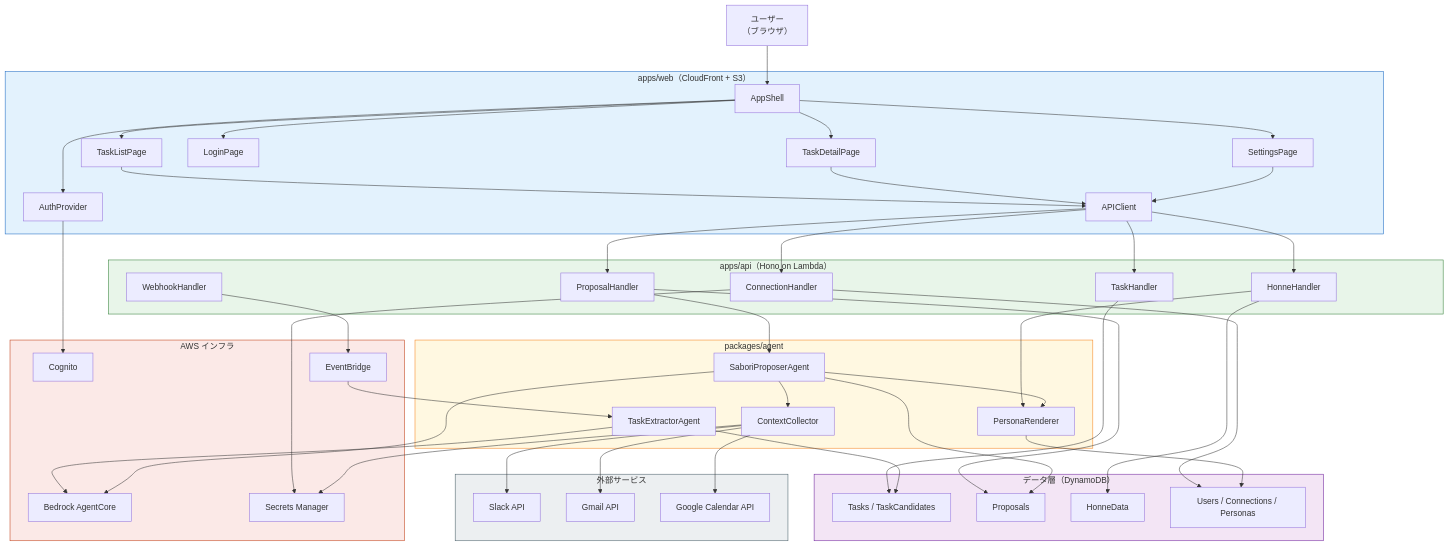
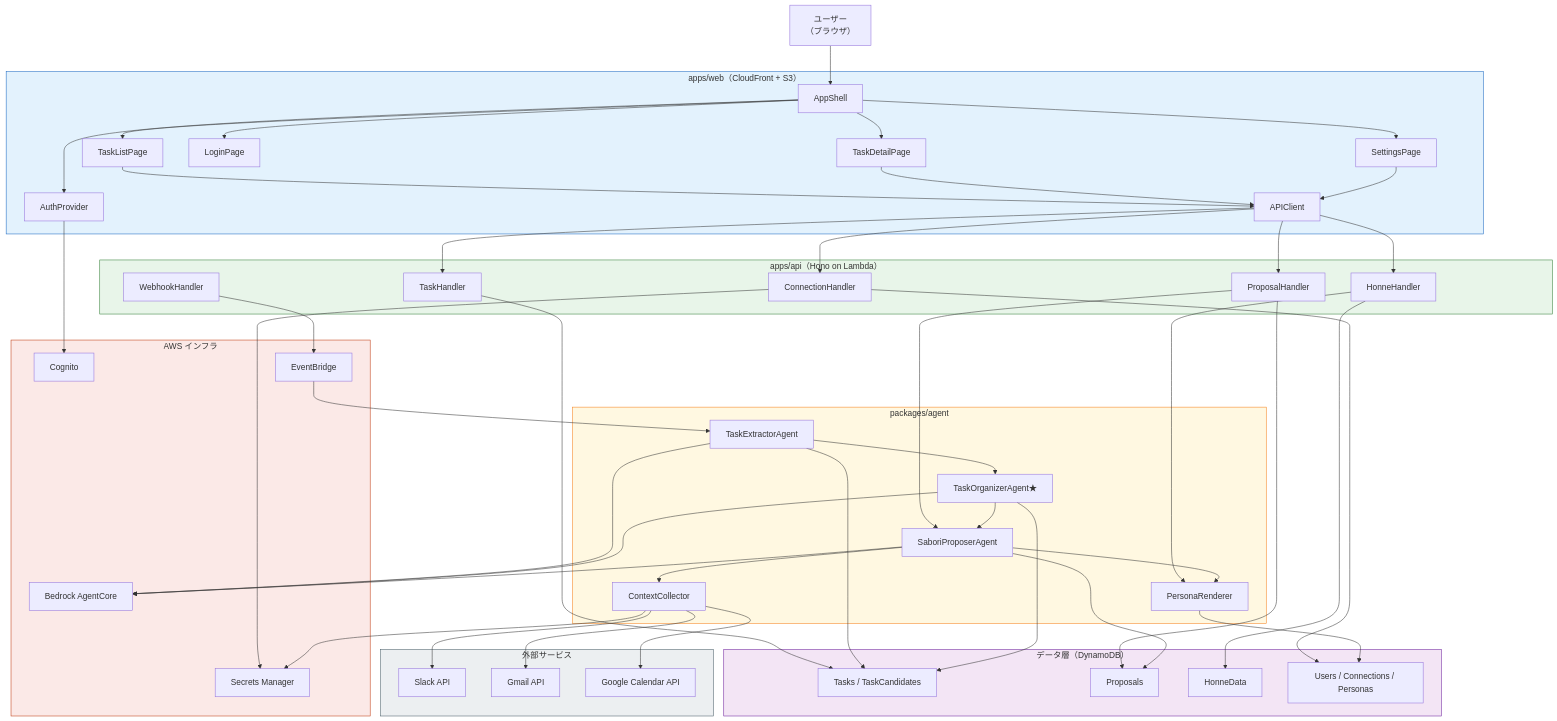
The first of 8 diagrams in aidlc-docs/inception/application-design/application-design.md (mashharuki/AWS-SummitHackathon-2026), drawn with Mermaid before and after one commit. The commit also changed other lines of this file and 5 other files, not shown here.

```diff
--- a/aidlc-docs/inception/application-design/application-design.md
+++ b/aidlc-docs/inception/application-design/application-design.md
@@ -127,6 +135,7 @@
 
     subgraph Agent["packages/agent"]
         TaskExtractor["TaskExtractorAgent"]
+        TaskOrganizer["TaskOrganizerAgent★"]
         SaboriProposer["SaboriProposerAgent"]
         PersonaRenderer["PersonaRenderer"]
         ContextCollector["ContextCollector"]
@@ -177,6 +186,10 @@
     EventBridge --> TaskExtractor
     TaskExtractor --> Bedrock
     TaskExtractor --> TasksTable
+    TaskExtractor --> TaskOrganizer
+    TaskOrganizer --> Bedrock
+    TaskOrganizer --> TasksTable
+    TaskOrganizer --> SaboriProposer
     SaboriProposer --> Bedrock
     SaboriProposer --> ContextCollector
     SaboriProposer --> PersonaRenderer
```
